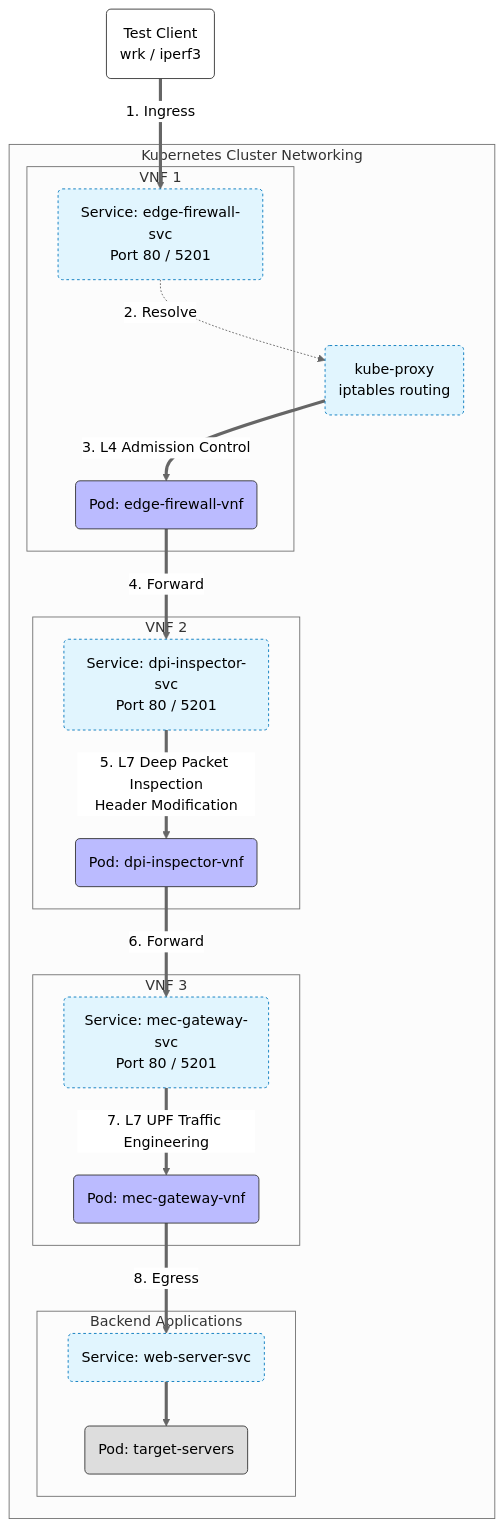
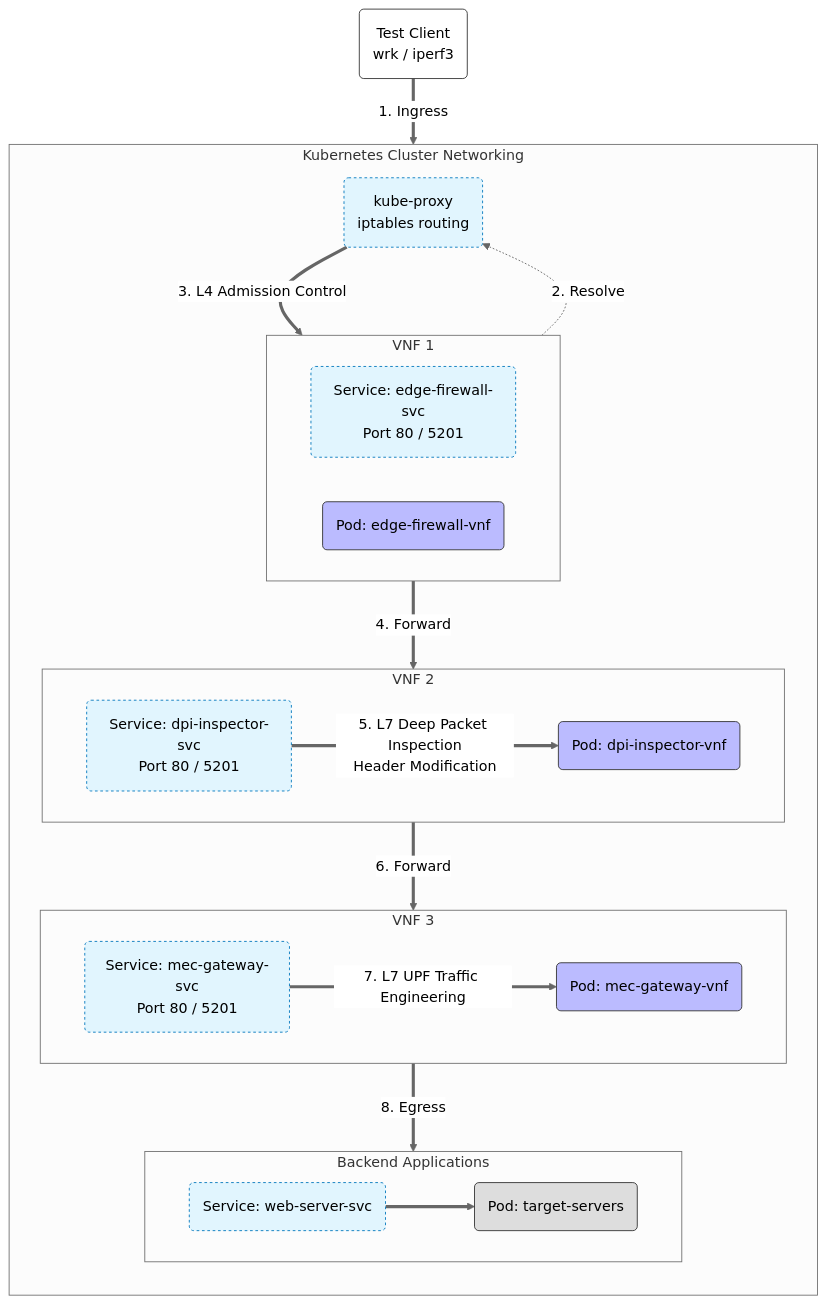
The second of 2 diagrams in README.md (scAB1001/comp5123m), drawn with Mermaid (neutral theme) before and after one commit. The commit also changed other lines of this file, not shown here.

````diff
--- a/README.md
+++ b/README.md
@@ -72,54 +72,59 @@
 ```mermaid
-graph TD
+flowchart TD
     %% Define Styles
     classDef user fill:#fff,stroke:#333,stroke-width:2s,color:black;
     classDef vnf fill:#bbf,stroke:#333,stroke-width:1s,color:black;
     classDef svc fill:#e1f5fe,stroke:#0277bd,stroke-width:1s,stroke-dasharray: 3 3,color:black;
     classDef target fill:#ddd,stroke:#333,stroke-width:1s,color:black;
 
     %% Components
     User(Test Client<br/>wrk / iperf3)
 
     subgraph K8s_Network [Kubernetes Cluster Networking]
+        direction TD
         KubeProxy(kube-proxy<br/>iptables routing)
 
         subgraph VNF_1 [VNF 1]
+            direction LR
             Svc1(Service: edge-firewall-svc<br/>Port 80 / 5201)
             Pod1(Pod: edge-firewall-vnf)
         end
 
         subgraph VNF_2 [VNF 2]
+            direction LR
             Svc2(Service: dpi-inspector-svc<br/>Port 80 / 5201)
             Pod2(Pod: dpi-inspector-vnf)
         end
 
         subgraph VNF_3 [VNF 3]
+            direction LR
             Svc3(Service: mec-gateway-svc<br/>Port 80 / 5201)
             Pod3(Pod: mec-gateway-vnf)
         end
 
         subgraph Target [Backend Applications]
+            direction LR
             SvcT(Service: web-server-svc)
             PodT(Pod: target-servers)
         end
     end
 
     %% Data Flow (Data Plane)
     User ==>|1. Ingress| Svc1
     Svc1 -.->|2. Resolve| KubeProxy
     KubeProxy ==>|3. L4 Admission Control| Pod1
     Pod1 ==>|4. Forward| Svc2
     Svc2 ==>|5. L7 Deep Packet Inspection<br/>Header Modification| Pod2
     Pod2 ==>|6. Forward| Svc3
     Svc3 ==>|7. L7 UPF Traffic Engineering| Pod3
     Pod3 ==>|8. Egress| SvcT
     SvcT ==> PodT
 
     %% Assign Classes
     class User user;
     class KubeProxy svc;
     class Svc1,Svc2,Svc3,SvcT svc;
     class Pod1,Pod2,Pod3 vnf;
     class PodT target;
 
 ```
````
